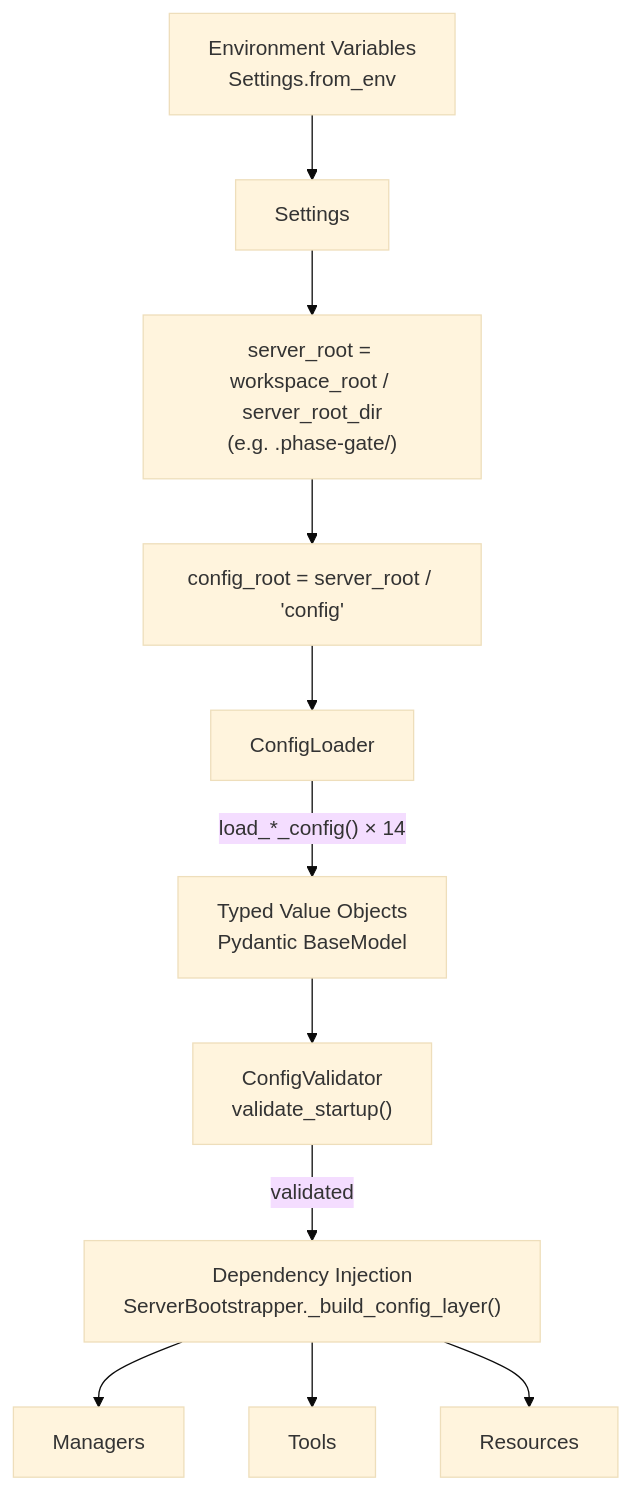
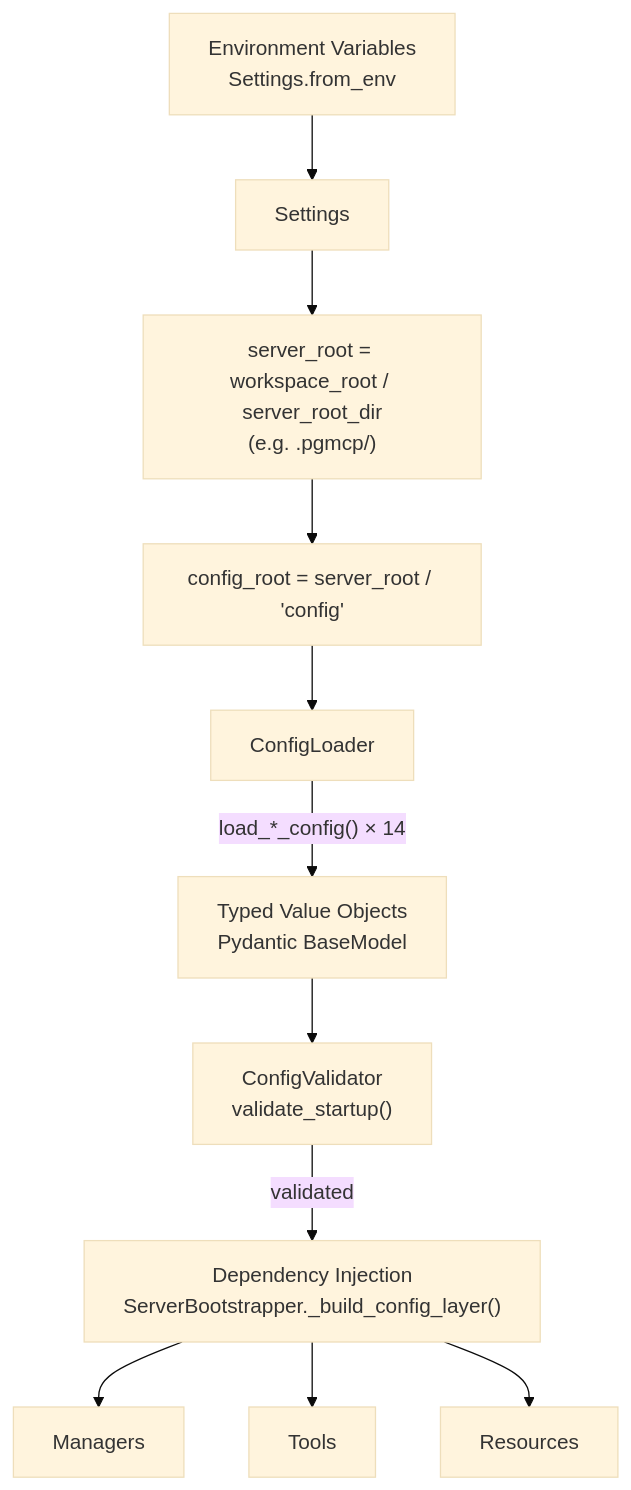
One commit to MikeyVK/phase-gate-mcp changed the first of 5 diagrams in docs/reference/mcp/config-loading-architecture.md. Above: the diagram before and after it, drawn with Mermaid (base theme). The commit also changed other lines of this file and 30 other files, not shown here.

````diff
--- a/docs/reference/mcp/config-loading-architecture.md
+++ b/docs/reference/mcp/config-loading-architecture.md
@@ -21,13 +21,13 @@
 ```mermaid
 flowchart TD
     ENV["Environment Variables<br/>Settings.from_env"] --> S[Settings]
-    S --> SR["server_root = workspace_root / server_root_dir<br/>(e.g. .phase-gate/)"] 
+    S --> SR["server_root = workspace_root / server_root_dir<br/>(e.g. .pgmcp/)"] 
     SR --> CR["config_root = server_root / 'config'"]
     CR --> CL[ConfigLoader]
     CL --> |"load_*_config() × 14"| VO["Typed Value Objects<br/>Pydantic BaseModel"]
     VO --> CV["ConfigValidator<br/>validate_startup()"]
     CV --> |validated| DI["Dependency Injection<br/>ServerBootstrapper._build_config_layer()"]
     DI --> MGR[Managers]
     DI --> TOOLS[Tools]
     DI --> RES[Resources]
 ```
````
